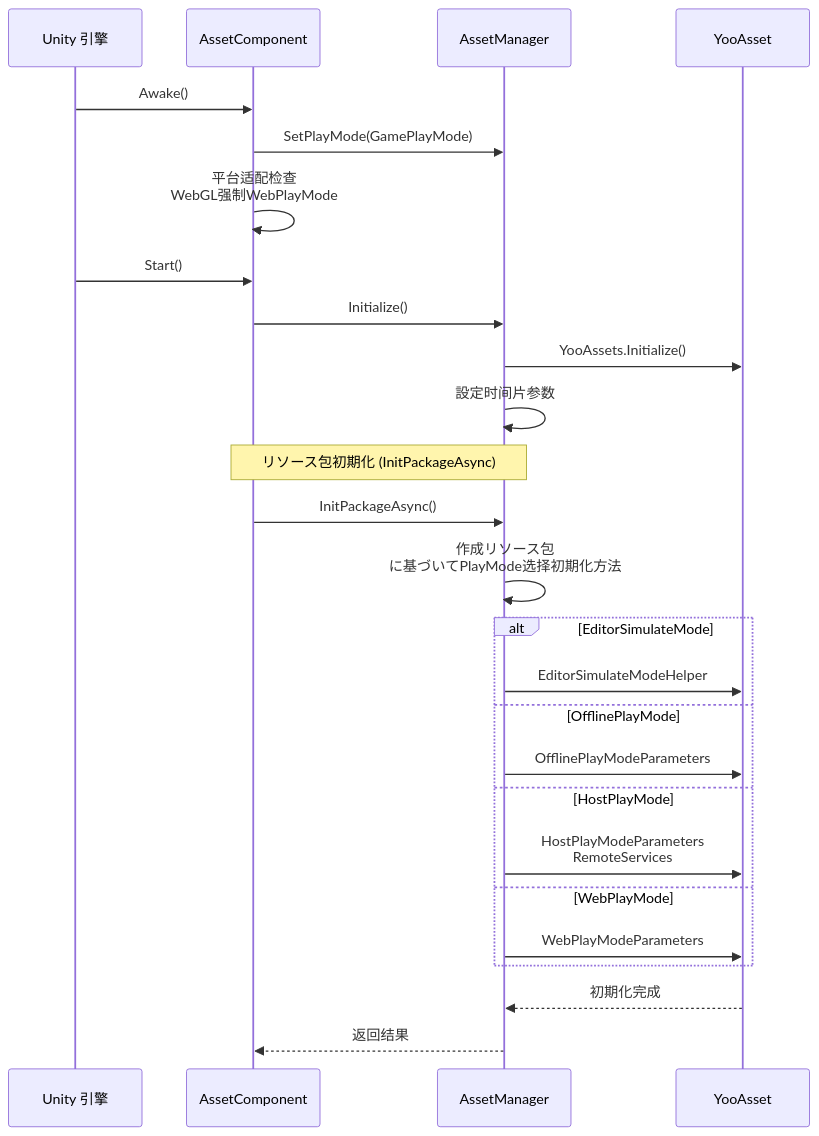
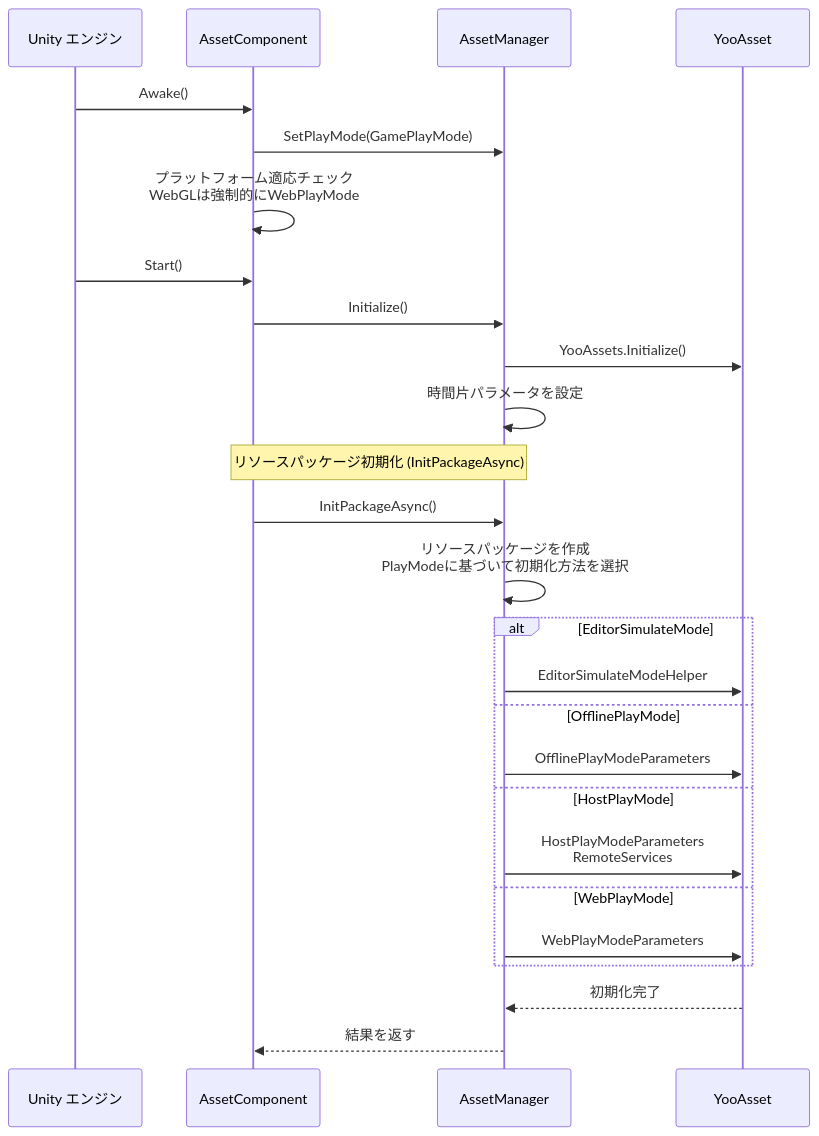
The second of 2 diagrams in docs/ja/client/unity/component/asset/15.component-settings.md (AlianBlank/GameFrameX.Docs), drawn with Mermaid before and after one commit. The commit also changed other lines of this file and 320 other files, not shown here.

````diff
--- a/docs/ja/client/unity/component/asset/15.component-settings.md
+++ b/docs/ja/client/unity/component/asset/15.component-settings.md
@@ -201,33 +201,33 @@
 ```mermaid
 sequenceDiagram
-    participant Unity as Unity 引擎
+    participant Unity as Unity エンジン
     participant AC as AssetComponent
     participant AM as AssetManager
     participant YA as YooAsset
 
     Unity->>AC: Awake()
     AC->>AM: SetPlayMode(GamePlayMode)
-    AC->>AC: 平台适配检查<br/>WebGL强制WebPlayMode
-    
+    AC->>AC: プラットフォーム適応チェック<br/>WebGLは強制的にWebPlayMode
+
     Unity->>AC: Start()
     AC->>AM: Initialize()
     AM->>YA: YooAssets.Initialize()
-    AM->>AM: 設定时间片参数
-    
-    Note over AC,AM: リソース包初期化 (InitPackageAsync)
+    AM->>AM: 時間片パラメータを設定
+
+    Note over AC,AM: リソースパッケージ初期化 (InitPackageAsync)
     AC->>AM: InitPackageAsync()
-    AM->>AM: 作成リソース包<br/>に基づいてPlayMode选择初期化方法
-    
+    AM->>AM: リソースパッケージを作成<br/>PlayModeに基づいて初期化方法を選択
+
     alt EditorSimulateMode
         AM->>YA: EditorSimulateModeHelper
     else OfflinePlayMode
         AM->>YA: OfflinePlayModeParameters
     else HostPlayMode
         AM->>YA: HostPlayModeParameters<br/>RemoteServices
     else WebPlayMode
         AM->>YA: WebPlayModeParameters
     end
-    
-    YA-->>AM: 初期化完成
-    AM-->>AC: 返回结果
+
+    YA-->>AM: 初期化完了
+    AM-->>AC: 結果を返す
 ```
````
